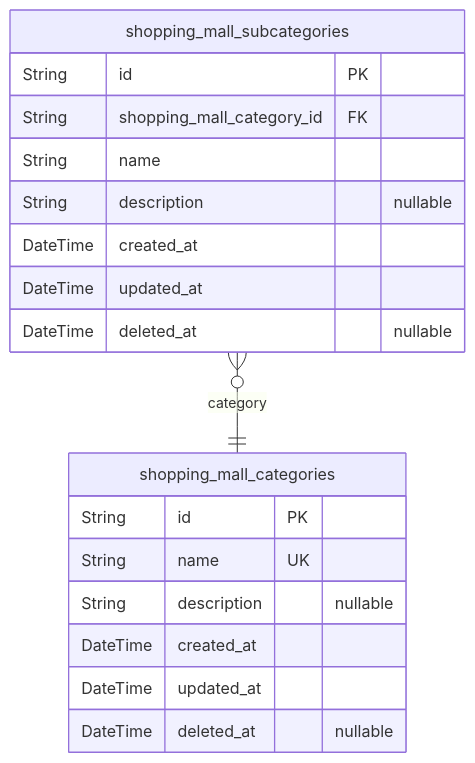
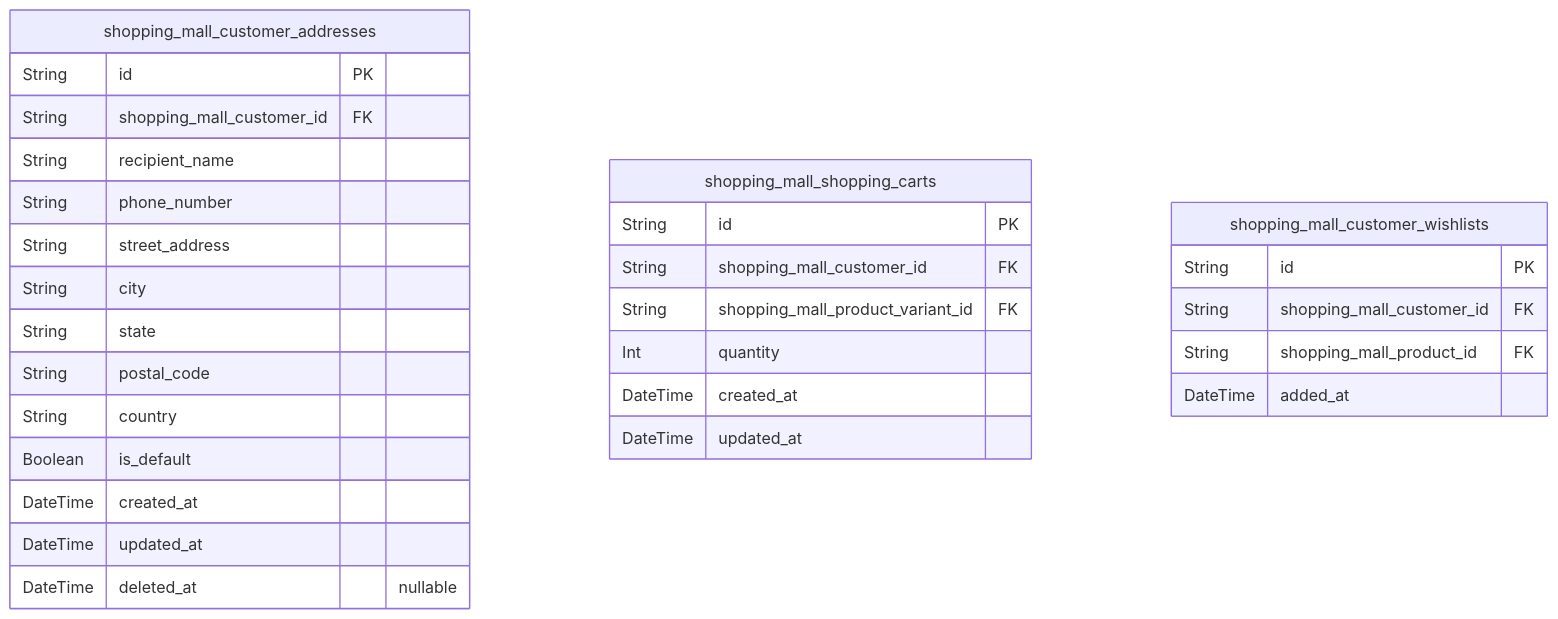
One commit to wrtnlabs/autobe-examples changed the third of 9 diagrams in qwen/qwen3-coder-next/shopping/docs/ERD.md. Above: the diagram before and after it, drawn with Mermaid. The commit also changed other lines of this file and 25939 other files, not shown here.

````diff
--- a/qwen/qwen3-coder-next/shopping/docs/ERD.md
+++ b/qwen/qwen3-coder-next/shopping/docs/ERD.md
@@ -842,21 +596,32 @@
 ```mermaid
 erDiagram
-"shopping_mall_categories" {
+"shopping_mall_customer_addresses" {
   String id PK
-  String name UK
-  String description "nullable"
+  String shopping_mall_customer_id FK
+  String recipient_name
+  String phone_number
+  String street_address
+  String city
+  String state
+  String postal_code
+  String country
+  Boolean is_default
   DateTime created_at
   DateTime updated_at
   DateTime deleted_at "nullable"
 }
-"shopping_mall_subcategories" {
+"shopping_mall_shopping_carts" {
   String id PK
-  String shopping_mall_category_id FK
-  String name
-  String description "nullable"
+  String shopping_mall_customer_id FK
+  String shopping_mall_product_variant_id FK
+  Int quantity
   DateTime created_at
   DateTime updated_at
-  DateTime deleted_at "nullable"
 }
-"shopping_mall_subcategories" }o--|| "shopping_mall_categories" : category
+"shopping_mall_customer_wishlists" {
+  String id PK
+  String shopping_mall_customer_id FK
+  String shopping_mall_product_id FK
+  DateTime added_at
+}
 ```
````
